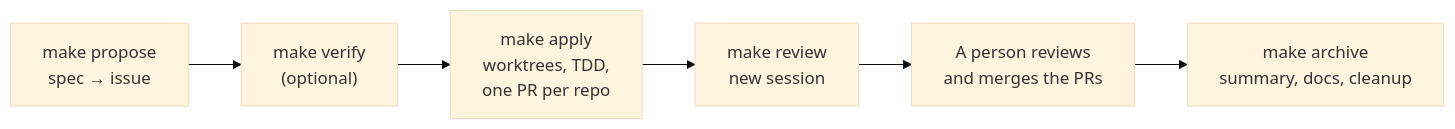
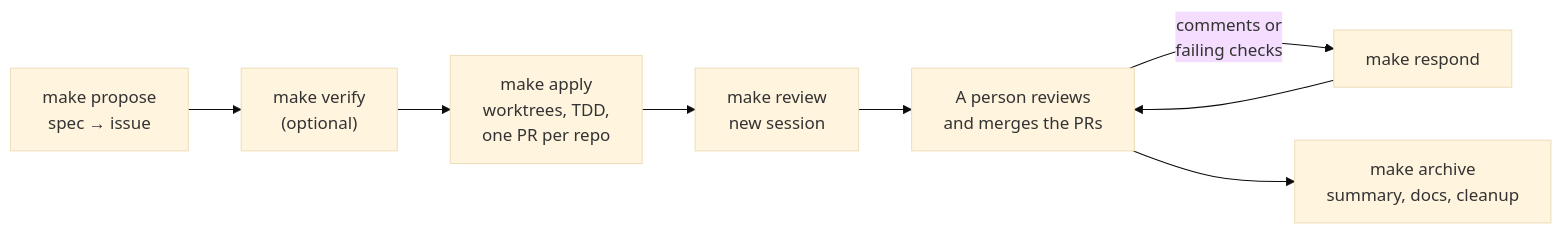
One commit to l4uran1/agent-ecosystem changed the second of 2 diagrams in README.md. Above: the diagram before and after it, drawn with Mermaid (base theme). The commit also changed other lines of this file and 11 other files, not shown here.

First line of the commit message:
feat: make respond deals with failing checks, conflicts and review comments

````diff
--- a/README.md
+++ b/README.md
@@ -59,8 +59,10 @@
 ```mermaid
 flowchart LR
     p["make propose<br/>spec → issue"] --> v["make verify<br/>(optional)"]
     v --> a["make apply<br/>worktrees, TDD,<br/>one PR per repo"]
     a --> r["make review<br/>new session"]
     r --> m["A person reviews<br/>and merges the PRs"]
+    m -- "comments or<br/>failing checks" --> rs["make respond"]
+    rs --> m
     m --> ar["make archive<br/>summary, docs, cleanup"]
 ```
````
